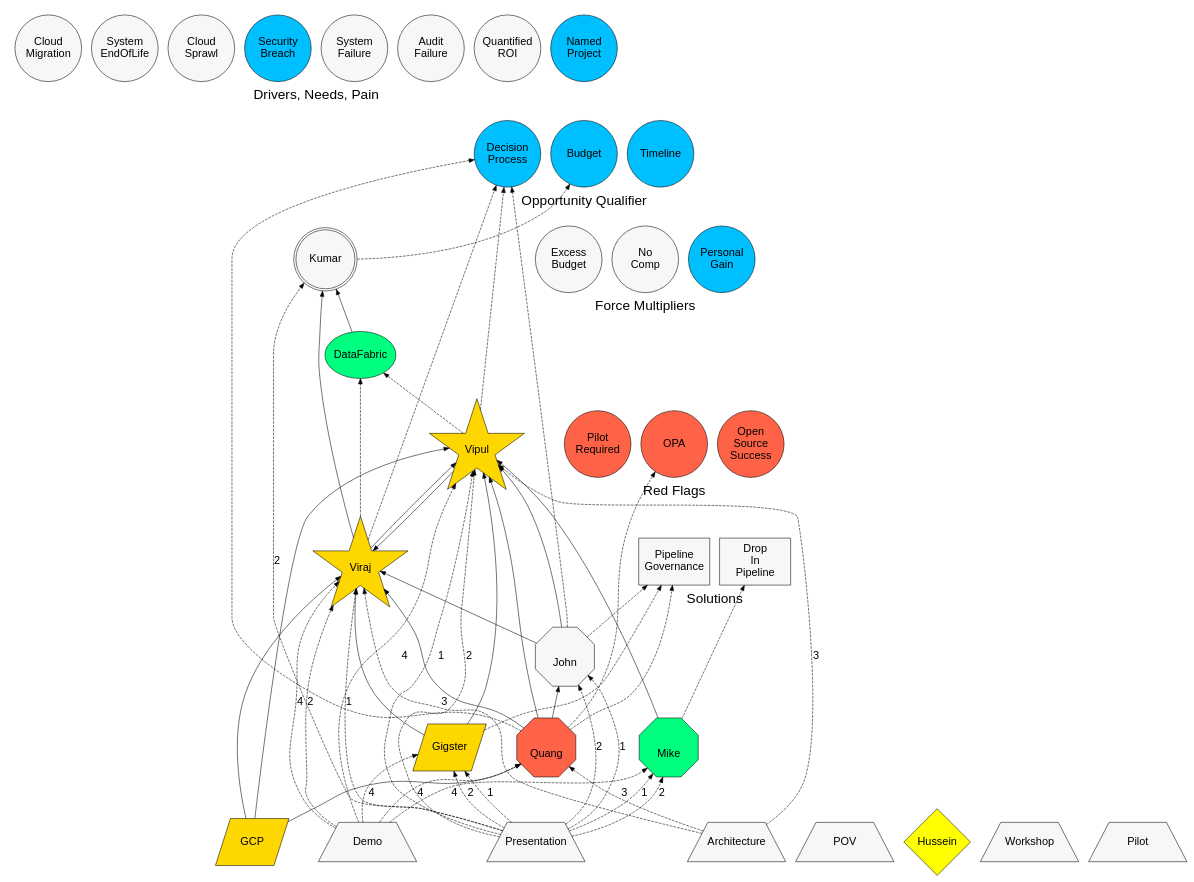
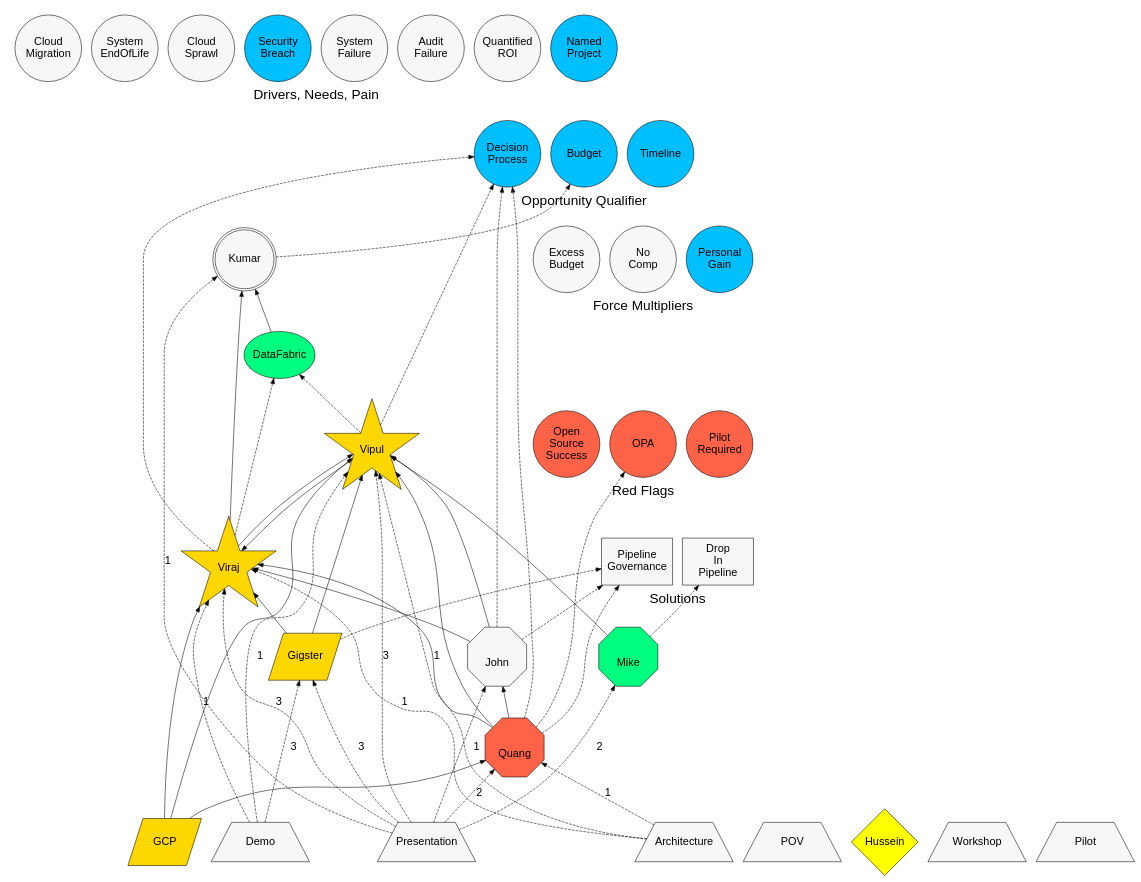
The diagram in equifax_tfe_renewal.dot (joshuaNjordan85/SouthStrategicOps), drawn with Graphviz before and after one commit. The commit also changed 3 other files, not shown here.

```diff
--- a/equifax_tfe_renewal.dot
+++ b/equifax_tfe_renewal.dot
@@ -323,24 +323,17 @@
 //
 edge [style=dashed]
 
-Presentation -> Viraj [label="1"]
-Presentation -> Gigster [label="1"]
-Presentation -> Vipul [label="1"]
+Presentation -> Viraj [label="3"]
+Presentation -> Gigster [label="3"]
+Presentation -> Vipul [label="3"]
 Presentation -> John [label="1"]
-Presentation -> Mike [label="1"]
-Demo -> Viraj [label="2"]
-Presentation -> Gigster [label="2"]
-Presentation -> Vipul [label="2"]
-Presentation -> John [label="2"]
 Presentation -> Mike [label="2"]
-Presentation -> Kumar [label="2"]
-Architecture -> Viraj [label="3"]
-Architecture -> Quang [label="3"]
-Architecture -> Vipul [label="3"]
-Demo -> Gigster [label="4"]
-Demo -> Vipul [label="4"]
-Demo -> Mike [label="4"]
-Demo -> Viraj [label="4"]
-Demo -> Quang [label="4"]
-
+Presentation -> Quang [label="2"]
+Presentation -> Kumar [label="1"]
+Demo -> Viraj [label="1"]
+Demo -> Vipul [label="1"]
+Demo -> Gigster [label="3"]
+Architecture -> Quang [label="1"]
+Architecture -> Vipul [label="1"]
+Architecture -> Viraj [label="1"]
 }
```
